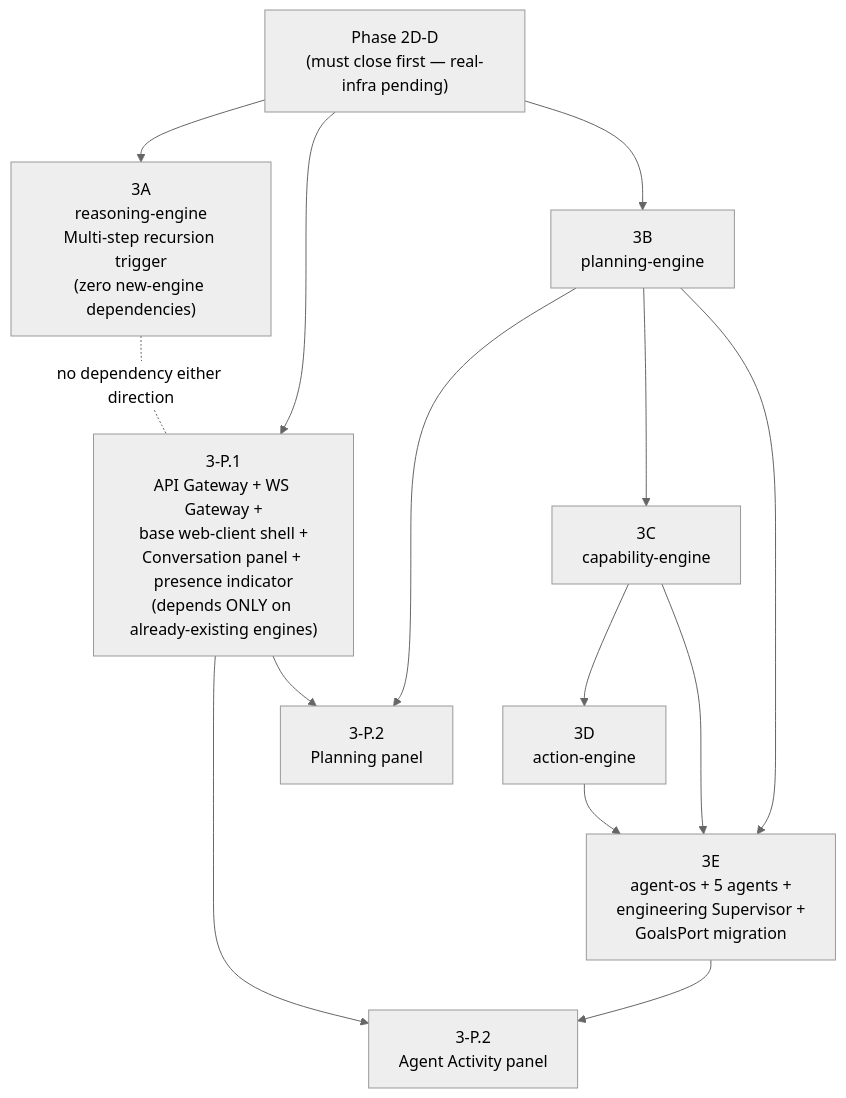
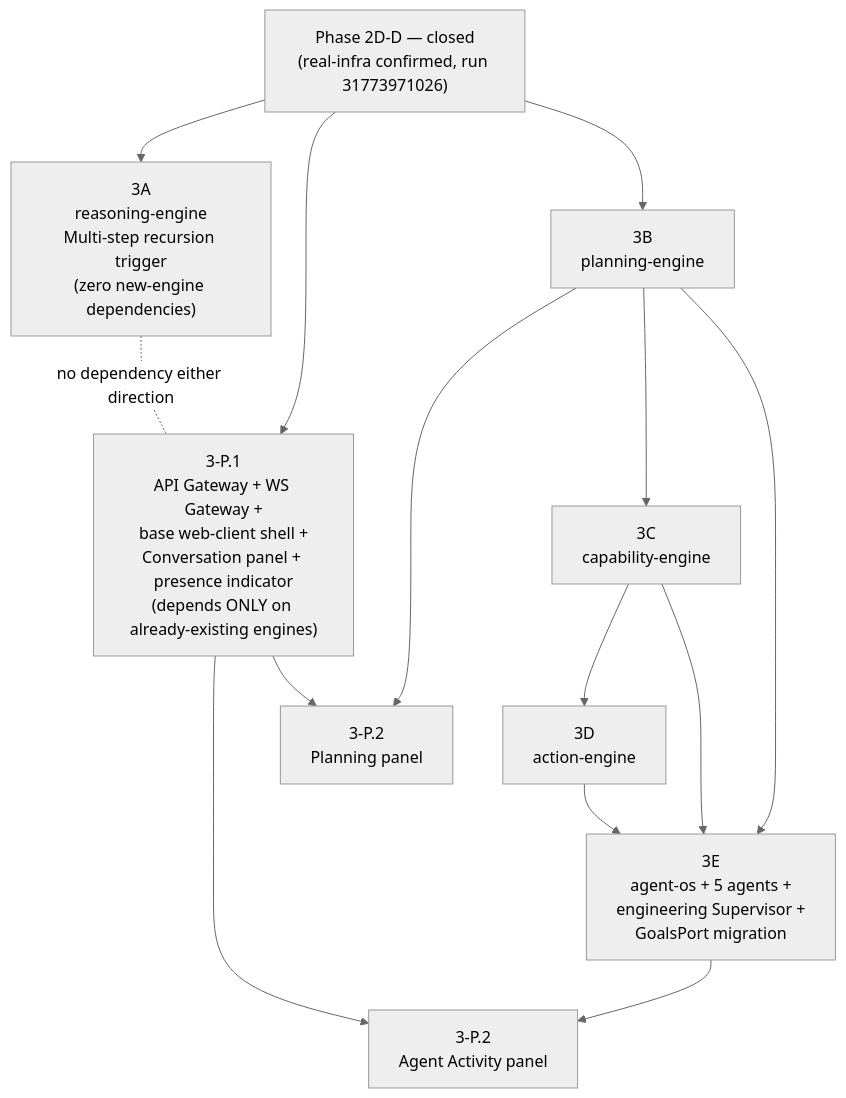
One commit to Tudor191/NOVA-PROJECT-BIBLE changed the diagram in docs/design/phase-3/02-master-scope.md. Above: the diagram before and after it, drawn with Mermaid (neutral theme). The commit also changed other lines of this file, not shown here.

First line of the commit message:
Phase 3 master scope: reflect Phase 2D-D closure

````diff
--- a/docs/design/phase-3/02-master-scope.md
+++ b/docs/design/phase-3/02-master-scope.md
@@ -100,22 +106,22 @@
 ```mermaid
 flowchart TB
-    P2DD["Phase 2D-D\n(must close first — real-infra pending)"]
+    P2DD["Phase 2D-D — closed\n(real-infra confirmed, run 31773971026)"]
 
     P2DD --> PRE1["3-P.1\nAPI Gateway + WS Gateway +\nbase web-client shell +\nConversation panel + presence indicator\n(depends ONLY on already-existing engines)"]
 
     P2DD --> A3A["3A\nreasoning-engine\nMulti-step recursion trigger\n(zero new-engine dependencies)"]
 
     P2DD --> A3B["3B\nplanning-engine"]
     A3B --> A3C["3C\ncapability-engine"]
     A3C --> A3D["3D\naction-engine"]
     A3B --> A3E["3E\nagent-os + 5 agents +\nengineering Supervisor +\nGoalsPort migration"]
     A3C --> A3E
     A3D --> A3E
 
     A3B --> PRE2["3-P.2\nPlanning panel"]
     A3E --> PRE3["3-P.2\nAgent Activity panel"]
     PRE1 --> PRE2
     PRE1 --> PRE3
 
     A3A -.no dependency either direction.- PRE1
 ```
````
